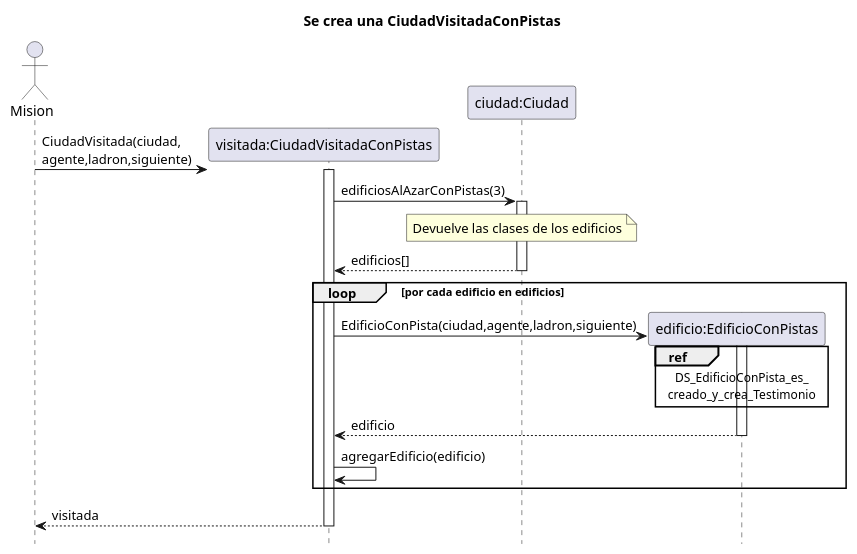
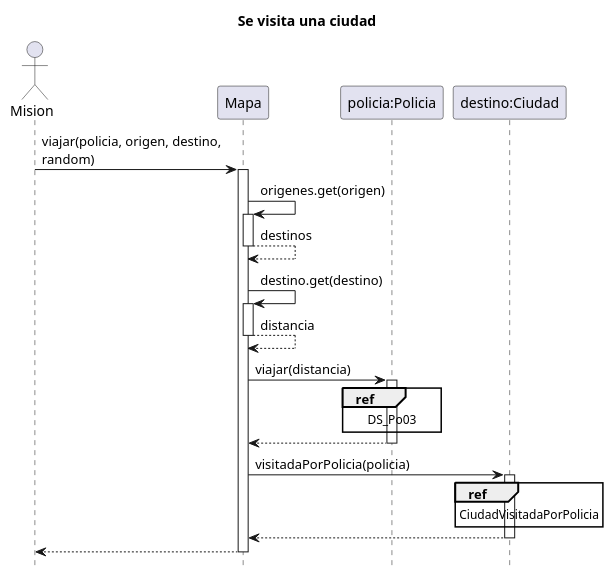
The first of 2 diagrams in diagrams/sequences/DS_CiudadVisitadaConPistas_es_creada.plantuml (MarconMatias/TP2-AyPIII), drawn with PlantUML before and after one commit. The commit also changed other lines of this file and 4 other files, not shown here.

Commit message:
Diagramas de secuencia actualizados

```diff
--- a/diagrams/sequences/DS_CiudadVisitadaConPistas_es_creada.plantuml
+++ b/diagrams/sequences/DS_CiudadVisitadaConPistas_es_creada.plantuml
@@ -1,28 +1,29 @@
-@startuml CiudadVisitadaConPistas_es_creada
+@startuml Mision_viajarACiudad
 hide footbox
 !pragma teoz true
 skinparam maxMessageSize 200
-title Se crea una CiudadVisitadaConPistas
+title Se visita una ciudad
 
-actor "Mision" as m
-participant "visitada:CiudadVisitadaConPistas" as v
-participant "ciudad:Ciudad" as c
-participant "edificio:EdificioConPistas" as e
+actor "Mision" as xx
+participant "Mapa" as m
+participant "policia:Policia" as p
+participant "destino:Ciudad" as d
 
-m->v**: CiudadVisitada(ciudad,\nagente,ladron,siguiente)
-activate v
-    v->c++: edificiosAlAzarConPistas(3)
-    note over c: Devuelve las clases de los edificios
-    return edificios[]
-    loop por cada edificio en edificios
-        v->e**: EdificioConPista(ciudad,agente,ladron,siguiente)
-        activate e
-        ref over e
-            DS_EdificioConPista_es_
-            creado_y_crea_Testimonio
+xx->m++: viajar(policia, origen, destino, random)
+    m->m++: origenes.get(origen)
+    return destinos
+    m->m++: destino.get(destino)
+    return distancia
+    m->p++: viajar(distancia)
+        ref over p
+        DS_Po03
         end ref
-        return edificio
-        v->v: agregarEdificio(edificio)
-    end loop
-return visitada
+    return
+    m->d++: visitadaPorPolicia(policia)
+        ref over d
+            CiudadVisitadaPorPolicia
+        end ref
+    return
+return
+
 @enduml
```
